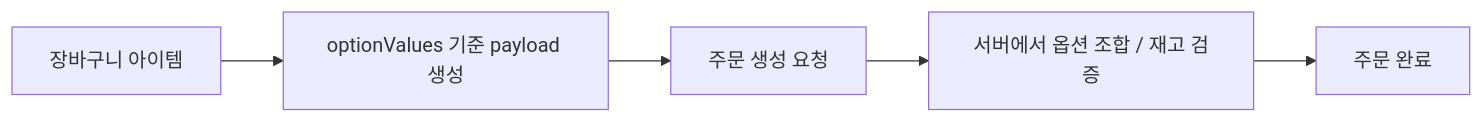
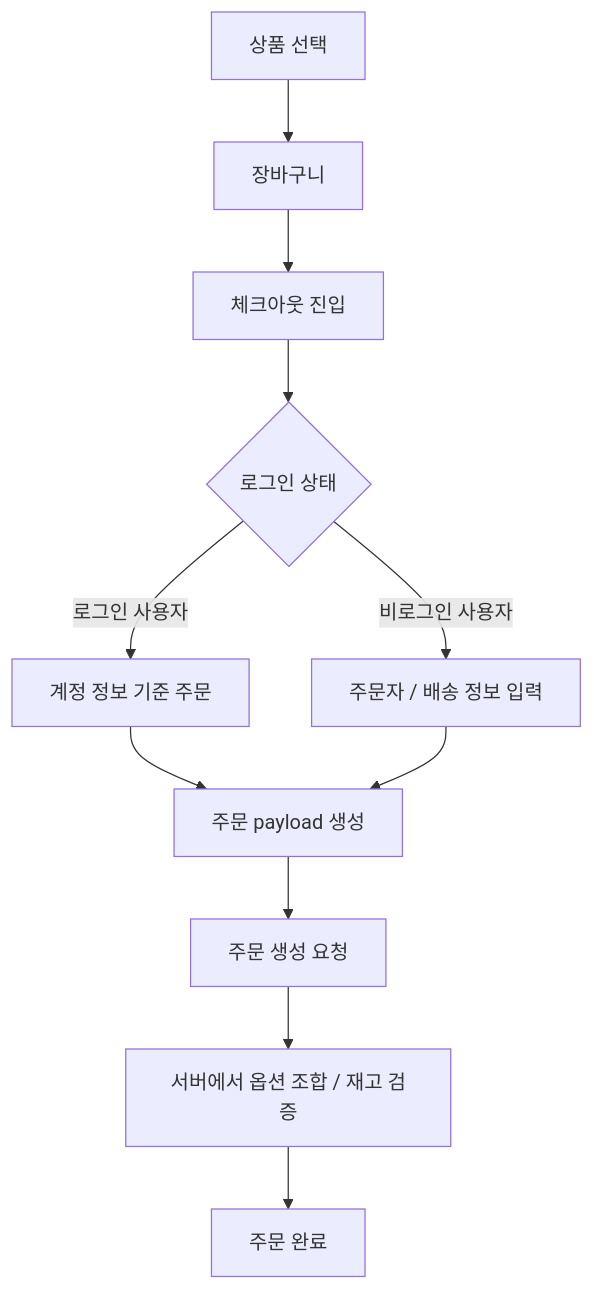
The third of 4 diagrams in README.md (Economy0326/shopping-frontend), drawn with Mermaid before and after one commit. The commit also changed other lines of this file, not shown here.

````diff
--- a/README.md
+++ b/README.md
@@ -212,7 +285,16 @@
 ```mermaid
-flowchart LR
-  A[장바구니 아이템] --> B[optionValues 기준 payload 생성]
-  B --> C[주문 생성 요청]
-  C --> D[서버에서 옵션 조합 / 재고 검증]
-  D --> E[주문 완료]
+flowchart TD
+  A[상품 선택] --> B[장바구니]
+  B --> C[체크아웃 진입]
+  C --> D{로그인 상태}
+
+  D -- 로그인 사용자 --> E[계정 정보 기준 주문]
+  D -- 비로그인 사용자 --> F[주문자 / 배송 정보 입력]
+
+  E --> G[주문 payload 생성]
+  F --> G
+
+  G --> H[주문 생성 요청]
+  H --> I[서버에서 옵션 조합 / 재고 검증]
+  I --> J[주문 완료]
 ```
````
